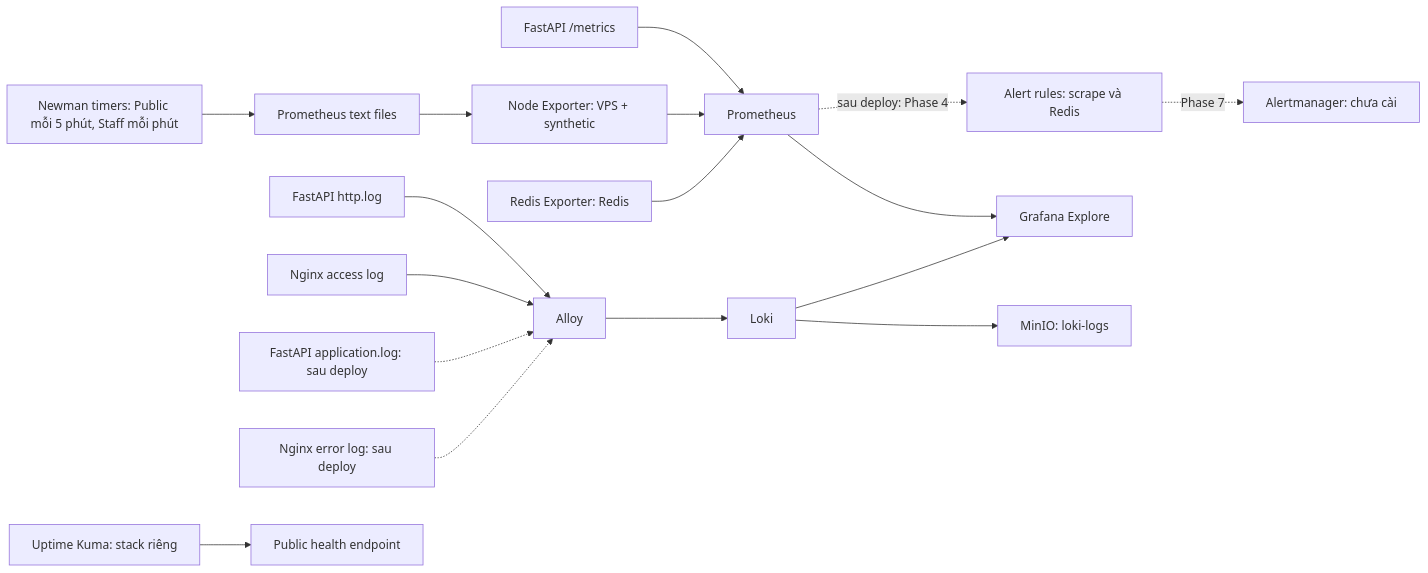
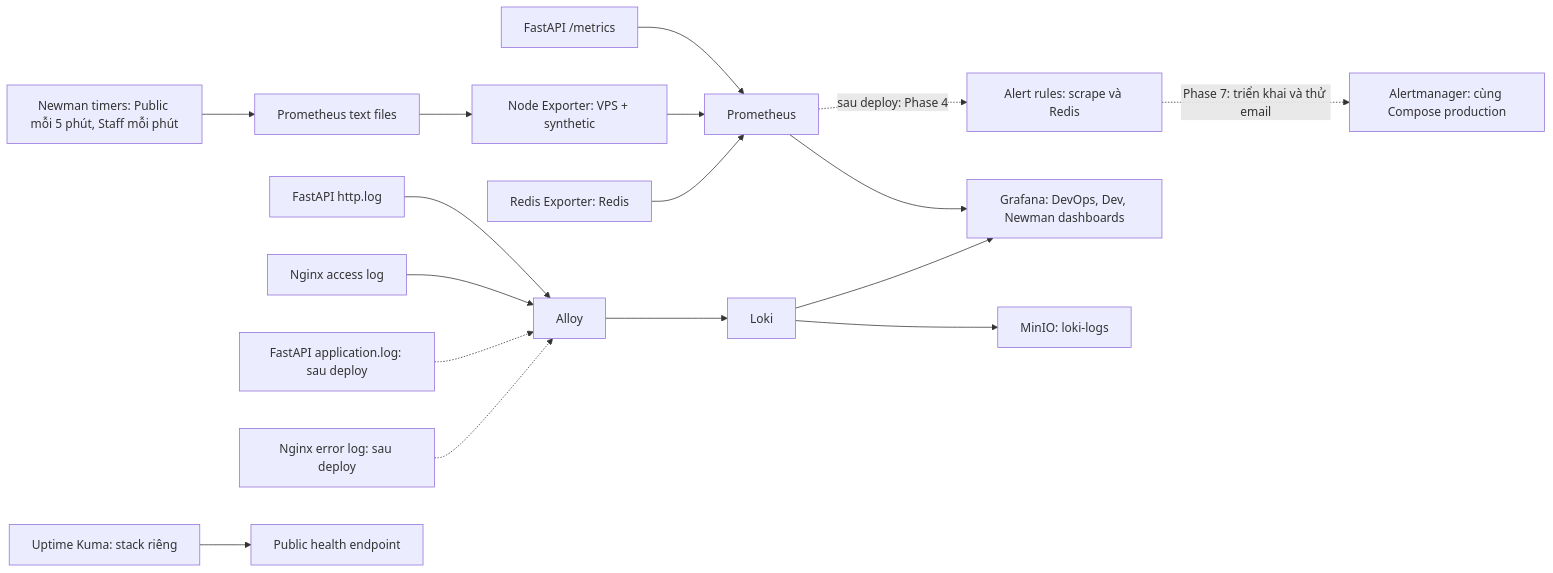
Before and after one commit to vothanhphu9x-pixel/superstore_ecommerce: the diagram in docs/deploy/monitoring/system_architecture_lineage.md, drawn with Mermaid. The commit also changed other lines of this file and 46 other files, not shown here.

````diff
--- a/docs/deploy/monitoring/system_architecture_lineage.md
+++ b/docs/deploy/monitoring/system_architecture_lineage.md
@@ -10,21 +10,21 @@
 ```mermaid
 flowchart LR
     API[FastAPI /metrics] --> P[Prometheus]
     N[Newman timers: Public mỗi 5 phút, Staff mỗi phút] --> F[Prometheus text files]
     F --> NE[Node Exporter: VPS + synthetic]
     NE --> P
     RE[Redis Exporter: Redis] --> P
-    P --> G[Grafana Explore]
+    P --> G[Grafana: DevOps, Dev, Newman dashboards]
     P -. sau deploy: Phase 4 .-> AR[Alert rules: scrape và Redis]
-    AR -. Phase 7 .-> AM[Alertmanager: chưa cài]
+    AR -. Phase 7: triển khai và thử email .-> AM[Alertmanager: cùng Compose production]
 
     AH[FastAPI http.log] --> A[Alloy]
     NG[Nginx access log] --> A
     APP[FastAPI application.log: sau deploy] -.-> A
     NELOG[Nginx error log: sau deploy] -.-> A
     A --> L[Loki]
     L --> M[MinIO: loki-logs]
     L --> G
 
     K[Uptime Kuma: stack riêng] --> PUB[Public health endpoint]
 ```
````
